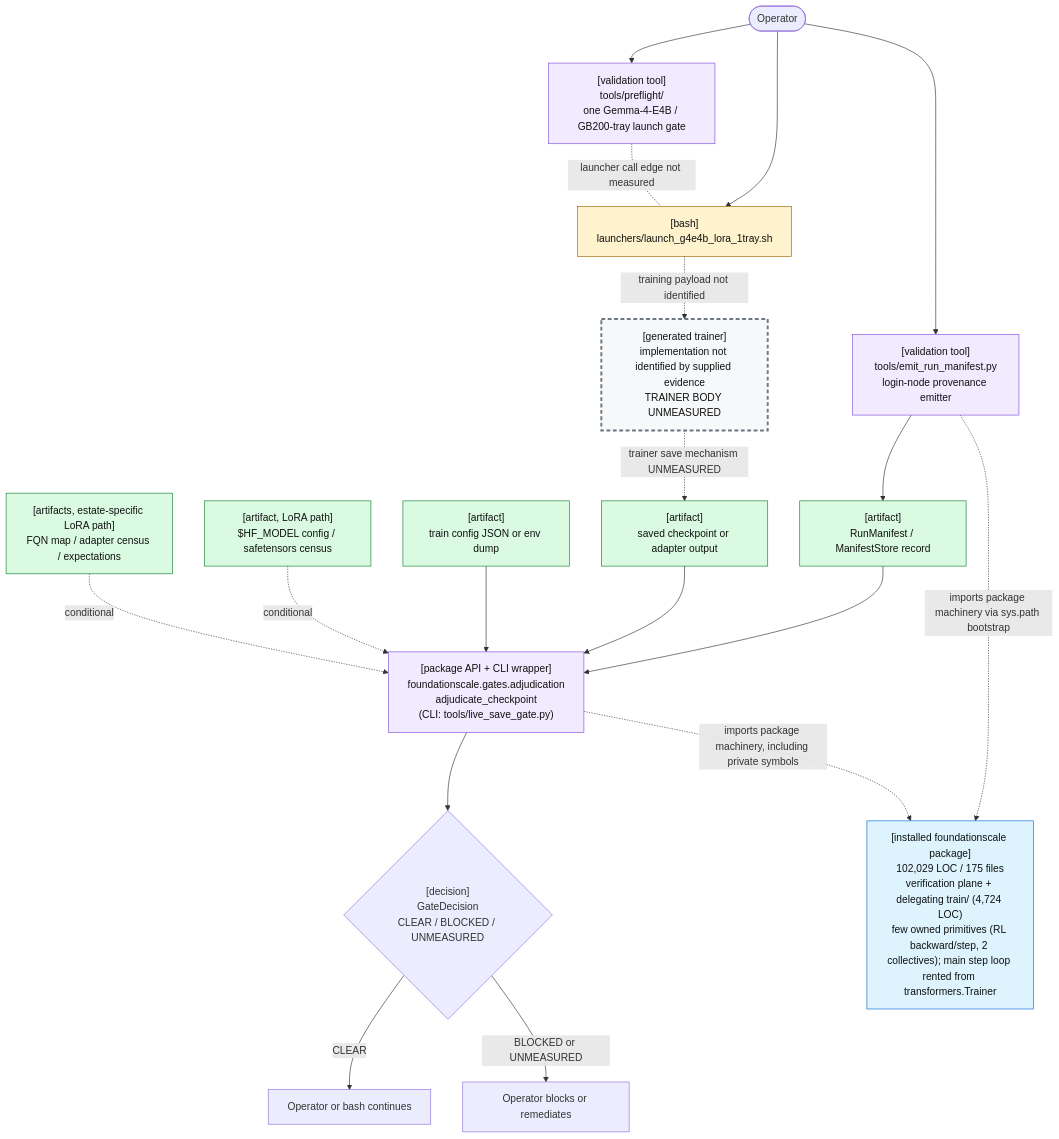
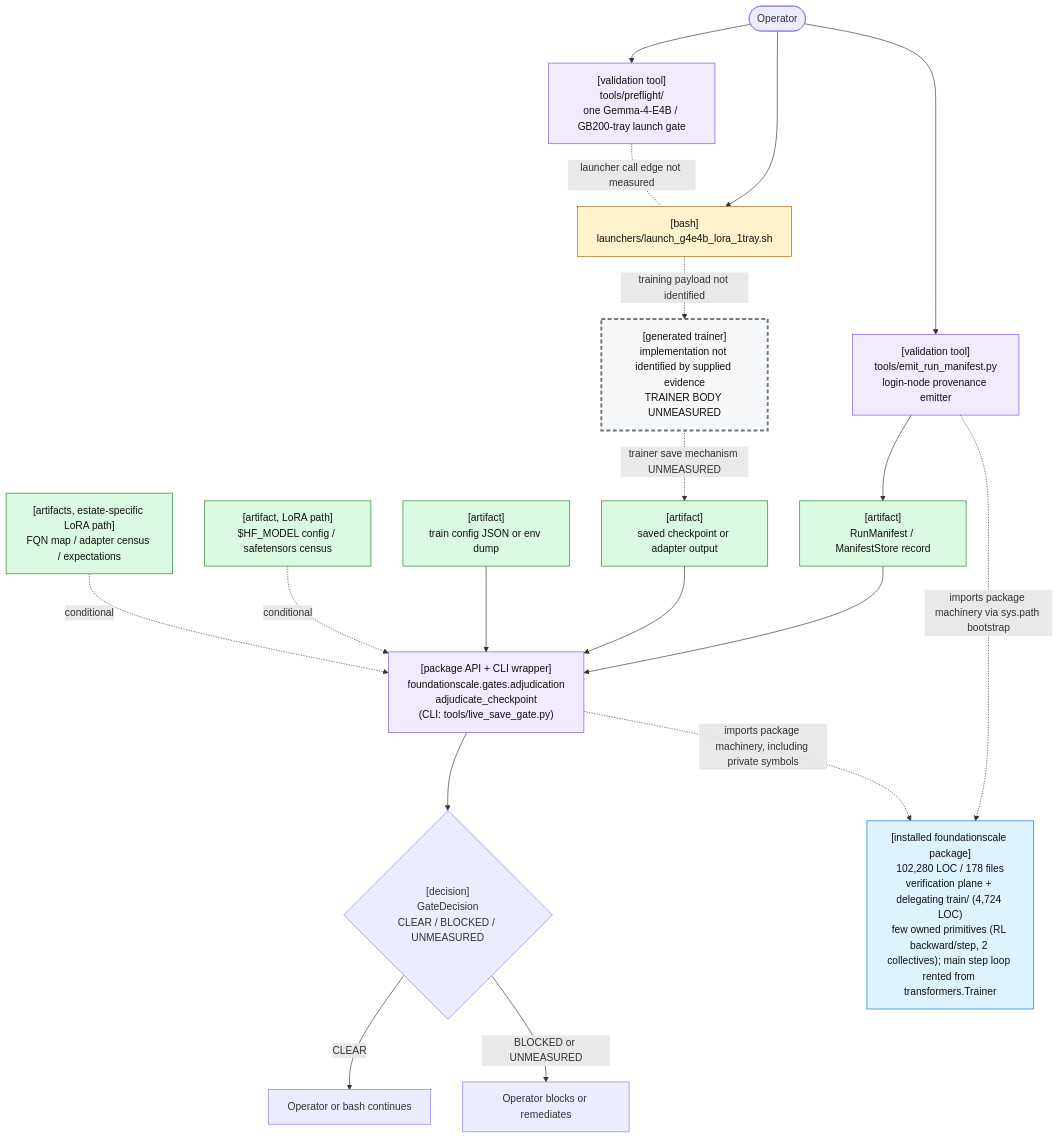
One commit to TranNhiem/FoundationScale changed the first of 2 diagrams in docs/review/D2_current_architecture.md. Above: the diagram before and after it, drawn with Mermaid. The commit also changed other lines of this file and 9 other files, not shown here.

````diff
--- a/docs/review/D2_current_architecture.md
+++ b/docs/review/D2_current_architecture.md
@@ -25,59 +25,59 @@
 ```mermaid
 flowchart TB
   O(["Operator"])
 
   PF["[validation tool]<br/>tools/preflight/<br/>one Gemma-4-E4B / GB200-tray launch gate"]
   L["[bash]<br/>launchers/launch_g4e4b_lora_1tray.sh"]
 
   E["[validation tool]<br/>tools/emit_run_manifest.py<br/>login-node provenance emitter"]
   M["[artifact]<br/>RunManifest / ManifestStore record"]
 
   T["[generated trainer]<br/>implementation not identified by supplied evidence<br/>TRAINER BODY UNMEASURED"]
   C["[artifact]<br/>saved checkpoint or adapter output"]
 
   G["[package API + CLI wrapper]<br/>foundationscale.gates.adjudication<br/>adjudicate_checkpoint<br/>(CLI: tools/live_save_gate.py)"]
   CFG["[artifact]<br/>train config JSON or env dump"]
   BASE["[artifact, LoRA path]<br/>$HF_MODEL config / safetensors census"]
   CEN["[artifacts, estate-specific LoRA path]<br/>FQN map / adapter census / expectations"]
 
   D{"[decision]<br/>GateDecision<br/>CLEAR / BLOCKED / UNMEASURED"}
   OK["Operator or bash continues"]
   NO["Operator blocks or remediates"]
 
-  PKG["[installed foundationscale package]<br/>102,029 LOC / 175 files<br/>verification plane + delegating train/ (4,724 LOC)<br/>few owned primitives (RL backward/step, 2 collectives); main step loop rented from transformers.Trainer"]
+  PKG["[installed foundationscale package]<br/>102,280 LOC / 178 files<br/>verification plane + delegating train/ (4,724 LOC)<br/>few owned primitives (RL backward/step, 2 collectives); main step loop rented from transformers.Trainer"]
 
   O --> PF
   O --> L
   PF -. "launcher call edge not measured" .- L
 
   O --> E
   E --> M
 
   L -. "training payload not identified" .-> T
   T -. "trainer save mechanism UNMEASURED" .-> C
 
   M --> G
   C --> G
   CFG --> G
   BASE -. "conditional" .-> G
   CEN -. "conditional" .-> G
 
   E -. "imports package machinery via sys.path bootstrap" .-> PKG
   G -. "imports package machinery, including private symbols" .-> PKG
 
   G --> D
   D -->|"CLEAR"| OK
   D -->|"BLOCKED or UNMEASURED"| NO
 
   classDef bash fill:#fff3cd,stroke:#9a6700,color:#111;
   classDef tool fill:#f2eaff,stroke:#8250df,color:#111;
   classDef artifact fill:#dafbe1,stroke:#1a7f37,color:#111;
   classDef gap fill:#f6f8fa,stroke:#6e7781,stroke-width:3px,stroke-dasharray: 6 4,color:#111;
   classDef pkg fill:#ddf4ff,stroke:#0969da,color:#111;
 
   class L bash;
   class PF,E,G tool;
   class M,C,CFG,BASE,CEN artifact;
   class T gap;
   class PKG pkg;
 ```
````
